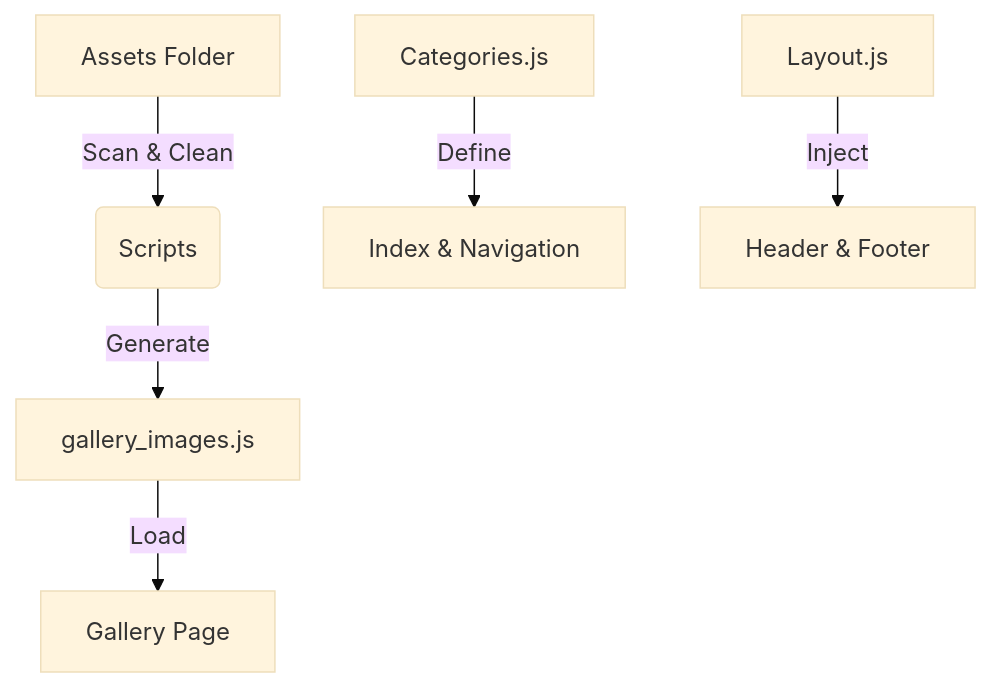
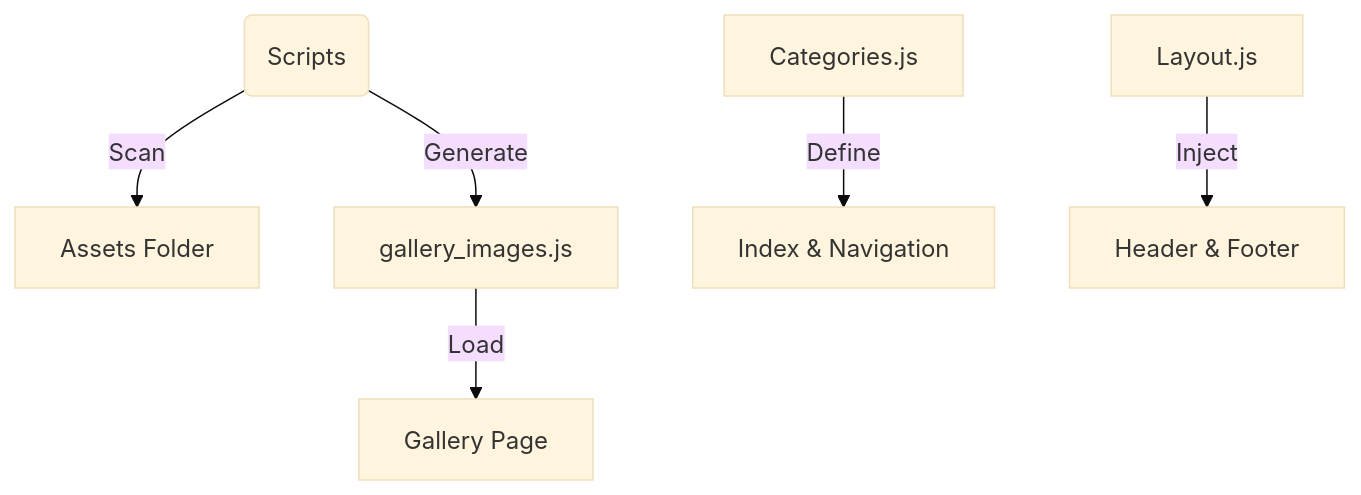
The diagram in README.md (PHBasin/mc-portfolio), drawn with Mermaid (base theme) before and after one commit. The commit also changed other lines of this file and 2 other files, not shown here.

````diff
--- a/README.md
+++ b/README.md
@@ -25,8 +24,8 @@
 ```mermaid
 graph TD
-    A[Assets Folder] -->|Scan & Clean| B(Scripts)
+    B(Scripts) -->|Scan| A[Assets Folder]
     B -->|Generate| C[gallery_images.js]
     C -->|Load| D[Gallery Page]
     E[Categories.js] -->|Define| F[Index & Navigation]
     G[Layout.js] -->|Inject| H[Header & Footer]
 ```
````
